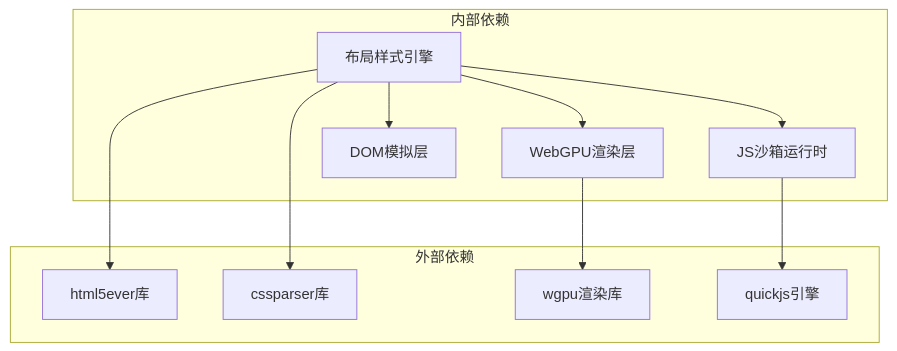
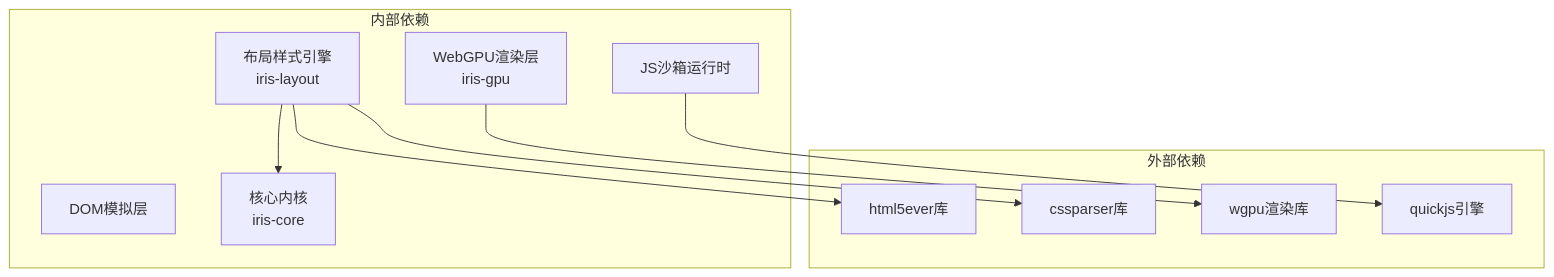
Before and after one commit to itszzl-sudo/iris: the eighth of 8 diagrams in .qoder/repowiki/zh/content/技术架构详解/布局样式系统.md, drawn with Mermaid. The commit also changed other lines of this file and 11 other files, not shown here.

First line of the commit message:
feat: 完成 iris-layout 布局引擎实现 (36 tests pass)

````diff
--- a/.qoder/repowiki/zh/content/技术架构详解/布局样式系统.md
+++ b/.qoder/repowiki/zh/content/技术架构详解/布局样式系统.md
@@ -288,22 +312,21 @@
 ```mermaid
 graph TB
 subgraph "内部依赖"
-LayoutStyle["布局样式引擎"]
-WebGPU["WebGPU渲染层"]
+LayoutStyle["布局样式引擎<br/>iris-layout"]
+WebGPU["WebGPU渲染层<br/>iris-gpu"]
 JSRuntime["JS沙箱运行时"]
 DOMSim["DOM模拟层"]
+Core["核心内核<br/>iris-core"]
 end
 subgraph "外部依赖"
 html5ever["html5ever库"]
 cssparser["cssparser库"]
 wgpu["wgpu渲染库"]
 quickjs["quickjs引擎"]
 end
 LayoutStyle --> html5ever
 LayoutStyle --> cssparser
-LayoutStyle --> WebGPU
-LayoutStyle --> JSRuntime
-LayoutStyle --> DOMSim
+LayoutStyle --> Core
 WebGPU --> wgpu
 JSRuntime --> quickjs
 ```
````
